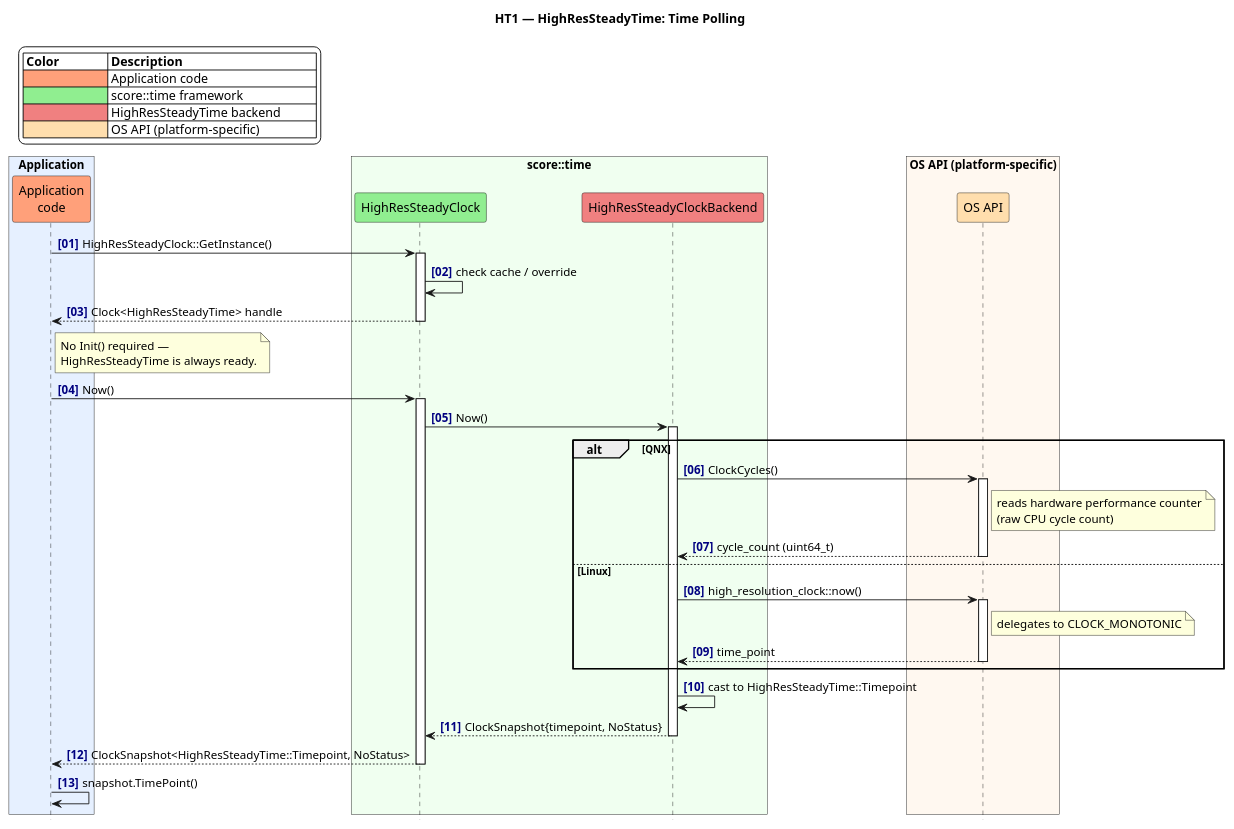
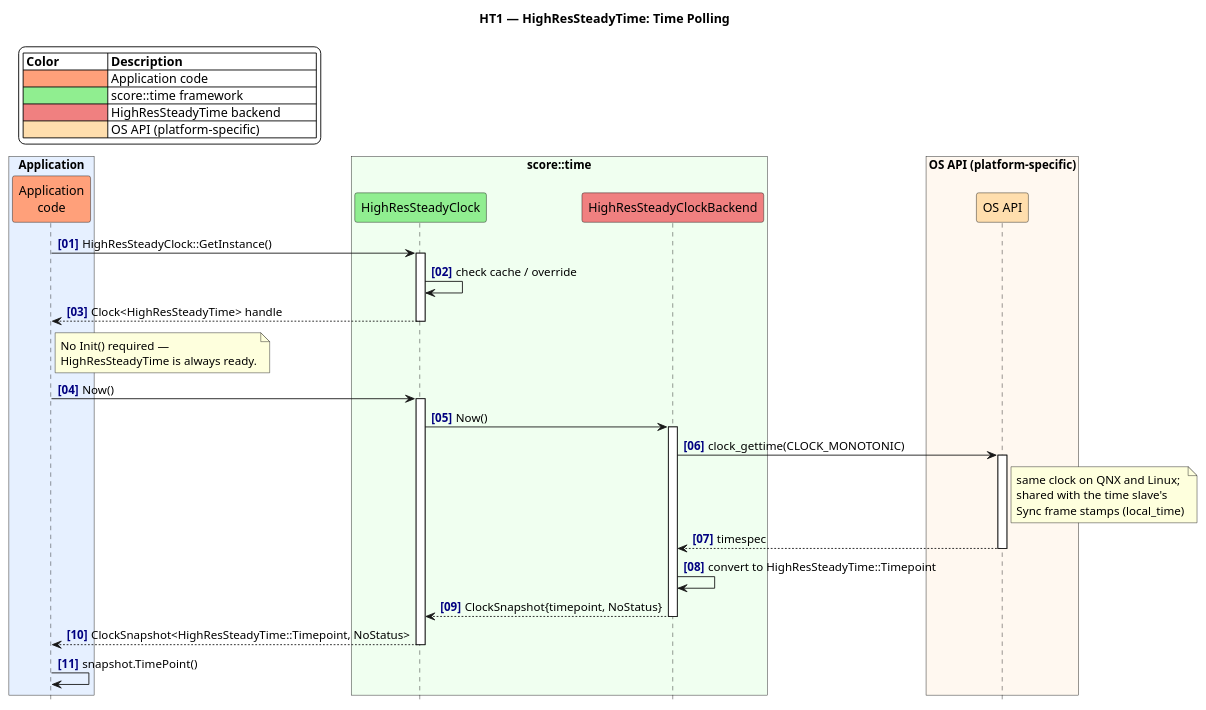
The diagram in docs/module/manuals/api_description/_assets/high_res_steady_time/ht1_polling.puml (eclipse-score/time), drawn with PlantUML before and after one commit. The commit also changed 15 other files, not shown here.

First line of the commit message:
Fix VehicleClock::Now() mixing clocks (#310)

```diff
--- a/docs/module/manuals/api_description/_assets/high_res_steady_time/ht1_polling.puml
+++ b/docs/module/manuals/api_description/_assets/high_res_steady_time/ht1_polling.puml
@@ -14,73 +14,64 @@
 @startuml ht1_polling
 
 title HT1 — HighResSteadyTime: Time Polling
 
 skinparam backgroundColor white
 hide footbox
 autonumber "<font color=navy><b>[00]"
 
 legend top left
     |= Color               |= Description               |
     |<#LightSalmon>        | Application code           |
     |<#LightGreen>         | score::time framework      |
     |<#LightCoral>         | HighResSteadyTime backend           |
     |<#NavajoWhite>        | OS API (platform-specific) |
 endlegend
 
 box "Application" #e6f0ff
     participant "Application\ncode" as app #LightSalmon
 end box
 
 box "score::time" #f0fff0
     participant "HighResSteadyClock" as clock #LightGreen
     participant "HighResSteadyClockBackend" as backend #LightCoral
 end box
 
 box "OS API (platform-specific)" #fff8f0
     participant "OS API" as os #NavajoWhite
 end box
 
 app -> clock : HighResSteadyClock::GetInstance()
 activate clock
 clock -> clock : check cache / override
 clock --> app : Clock<HighResSteadyTime> handle
 deactivate clock
 
 note right of app
     No Init() required —
     HighResSteadyTime is always ready.
 end note
 
 app -> clock : Now()
 activate clock
 clock -> backend : Now()
 activate backend
 
-alt QNX
-    backend -> os : ClockCycles()
-    activate os
-    note right of os
-        reads hardware performance counter
-        (raw CPU cycle count)
-    end note
-    os --> backend : cycle_count (uint64_t)
-    deactivate os
-else Linux
-    backend -> os : high_resolution_clock::now()
-    activate os
-    note right of os
-        delegates to CLOCK_MONOTONIC
-    end note
-    os --> backend : time_point
-    deactivate os
-end
+backend -> os : clock_gettime(CLOCK_MONOTONIC)
+activate os
+note right of os
+    same clock on QNX and Linux;
+    shared with the time slave's
+    Sync frame stamps (local_time)
+end note
+os --> backend : timespec
+deactivate os
 
-backend -> backend : cast to HighResSteadyTime::Timepoint
+backend -> backend : convert to HighResSteadyTime::Timepoint
 backend --> clock : ClockSnapshot{timepoint, NoStatus}
 deactivate backend
 clock --> app : ClockSnapshot<HighResSteadyTime::Timepoint, NoStatus>
 deactivate clock
 
 app -> app : snapshot.TimePoint()
 
 @enduml
```
